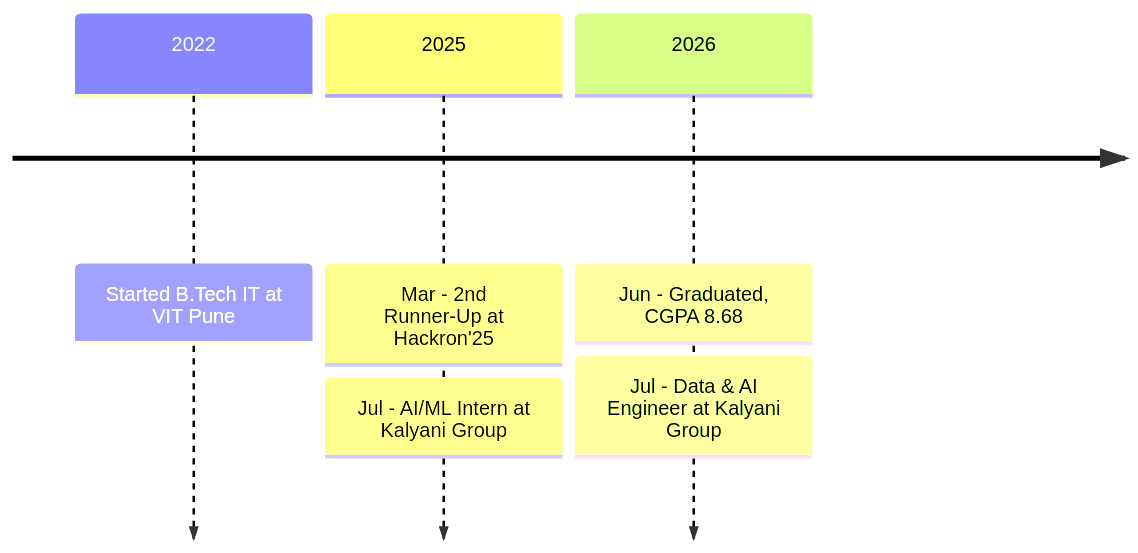
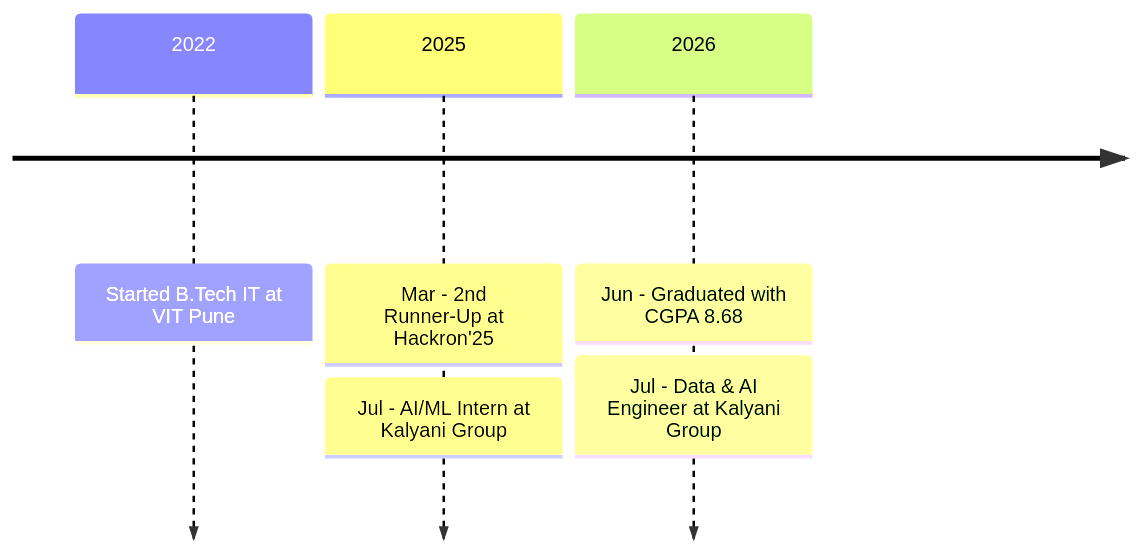
Before and after one commit to sujitwagh9/sujitwagh9: the diagram in README.md, drawn with Mermaid. The commit also changed other lines of this file and 2 other files, not shown here.

First line of the commit message:
Redesign profile README and add animated contribution graphs

````diff
--- a/README.md
+++ b/README.md
@@ -150,8 +165,8 @@
 ```mermaid
 timeline
   2022 : Started B.Tech IT at VIT Pune
   2025 : Mar - 2nd Runner-Up at Hackron'25
        : Jul - AI/ML Intern at Kalyani Group
-  2026 : Jun - Graduated, CGPA 8.68
+  2026 : Jun - Graduated with CGPA 8.68
        : Jul - Data & AI Engineer at Kalyani Group
 ```
````
